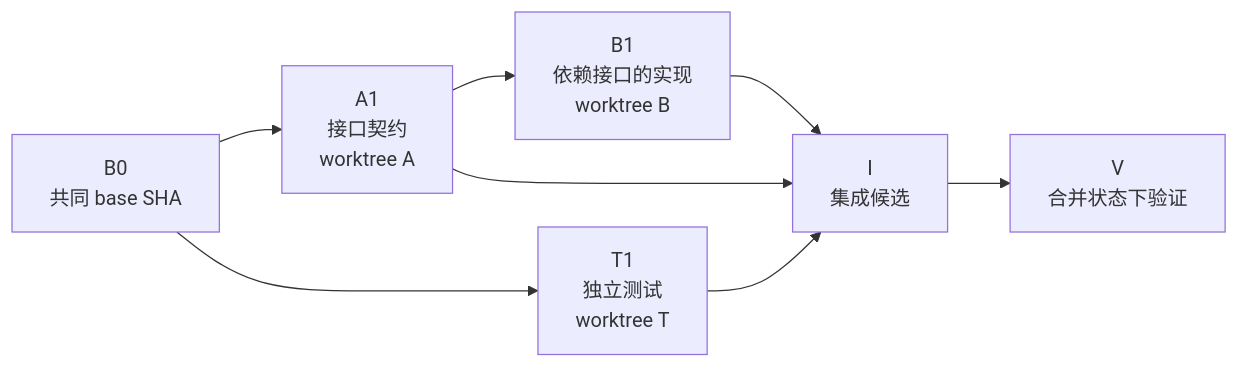
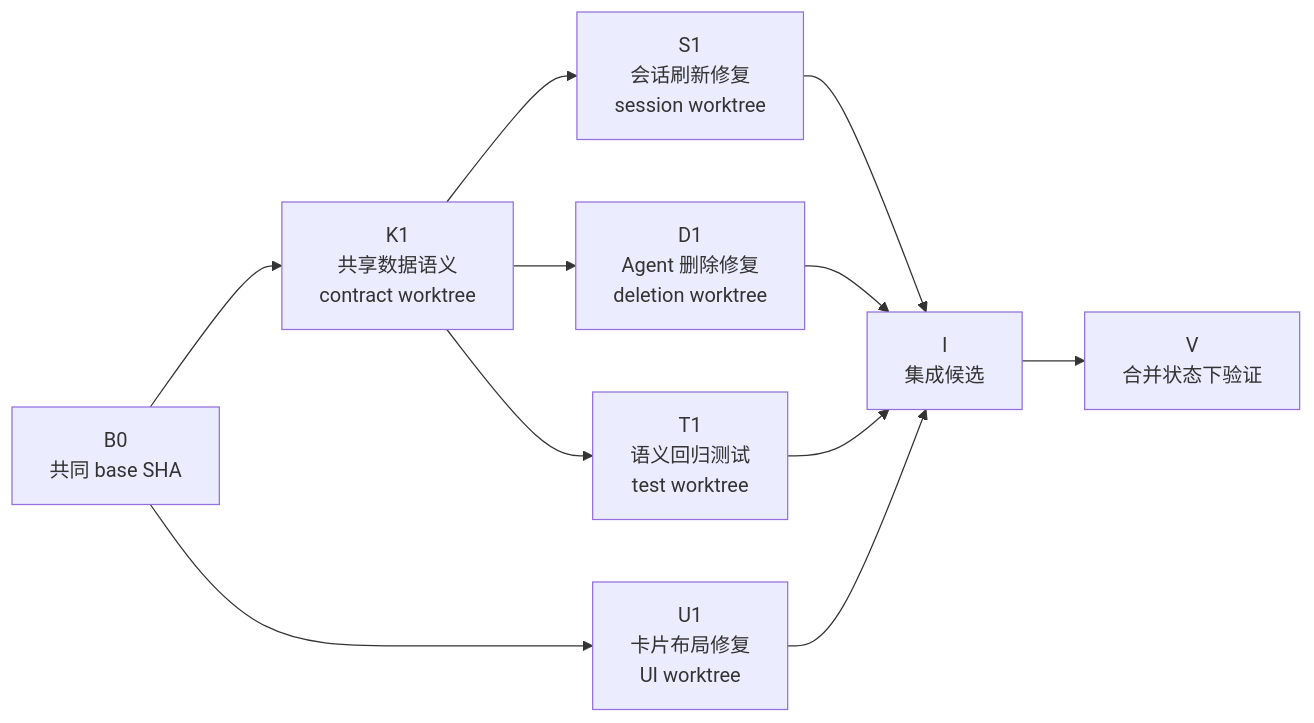
One commit to shuqianglin1997/agent-desk changed the fifth of 6 diagrams in docs/MULTI_AGENT_ENGINEERING_WORKFLOW_GUIDE.md. Above: the diagram before and after it, drawn with Mermaid. The commit also changed other lines of this file, not shown here.

Commit message:
docs: expand multi-agent workflow guide

````diff
--- a/docs/MULTI_AGENT_ENGINEERING_WORKFLOW_GUIDE.md
+++ b/docs/MULTI_AGENT_ENGINEERING_WORKFLOW_GUIDE.md
@@ -233,10 +264,13 @@
 ```mermaid
 flowchart LR
-  B0["B0<br/>共同 base SHA"] --> A1["A1<br/>接口契约<br/>worktree A"]
-  B0 --> T1["T1<br/>独立测试<br/>worktree T"]
-  A1 --> B1["B1<br/>依赖接口的实现<br/>worktree B"]
-  A1 --> I["I<br/>集成候选"]
+  B0["B0<br/>共同 base SHA"] --> K1["K1<br/>共享数据语义<br/>contract worktree"]
+  B0 --> U1["U1<br/>卡片布局修复<br/>UI worktree"]
+  K1 --> S1["S1<br/>会话刷新修复<br/>session worktree"]
+  K1 --> D1["D1<br/>Agent 删除修复<br/>deletion worktree"]
+  K1 --> T1["T1<br/>语义回归测试<br/>test worktree"]
+  S1 --> I["I<br/>集成候选"]
+  D1 --> I
   T1 --> I
-  B1 --> I
+  U1 --> I
   I --> V["V<br/>合并状态下验证"]
 ```
````
